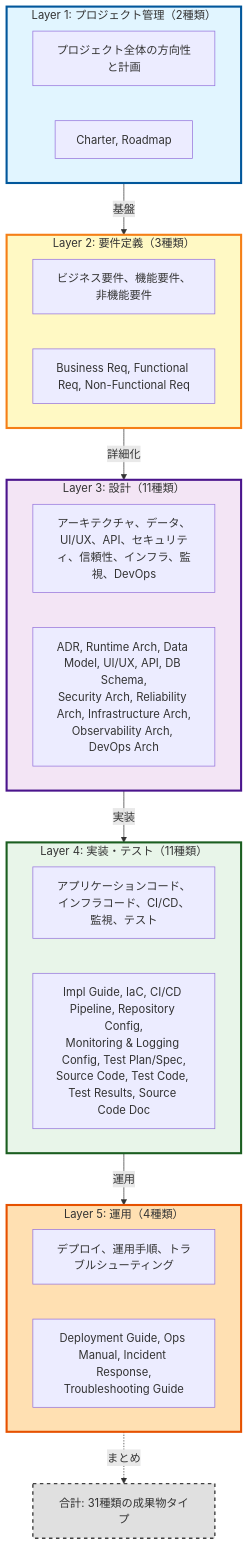
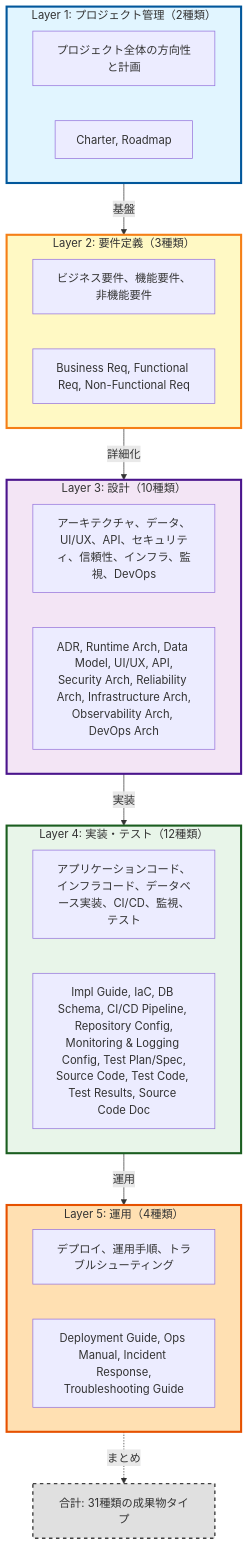
One commit to mahitotsu/ukiyoue changed the first of 2 diagrams in specs/artifact-taxonomy.md. Above: the diagram before and after it, drawn with Mermaid. The commit also changed other lines of this file, not shown here.

First line of the commit message:
refactor: Move Database Schema from Layer 3 to Layer 4

````diff
--- a/specs/artifact-taxonomy.md
+++ b/specs/artifact-taxonomy.md
@@ -34,50 +34,50 @@
 ```mermaid
 graph TD
     subgraph Layer1["Layer 1: プロジェクト管理（2種類）"]
         L1_desc["プロジェクト全体の方向性と計画"]
         L1_docs["Charter, Roadmap"]
     end
 
     subgraph Layer2["Layer 2: 要件定義（3種類）"]
         L2_desc["ビジネス要件、機能要件、非機能要件"]
         L2_docs["Business Req, Functional Req, Non-Functional Req"]
     end
 
-    subgraph Layer3["Layer 3: 設計（11種類）"]
+    subgraph Layer3["Layer 3: 設計（10種類）"]
         L3_desc["アーキテクチャ、データ、UI/UX、API、セキュリティ、信頼性、インフラ、監視、DevOps"]
-        L3_docs["ADR, Runtime Arch, Data Model, UI/UX, API, DB Schema,<br/>Security Arch, Reliability Arch, Infrastructure Arch,<br/>Observability Arch, DevOps Arch"]
+        L3_docs["ADR, Runtime Arch, Data Model, UI/UX, API,<br/>Security Arch, Reliability Arch, Infrastructure Arch,<br/>Observability Arch, DevOps Arch"]
     end
 
-    subgraph Layer4["Layer 4: 実装・テスト（11種類）"]
-        L4_desc["アプリケーションコード、インフラコード、CI/CD、監視、テスト"]
-        L4_docs["Impl Guide, IaC, CI/CD Pipeline, Repository Config,<br/>Monitoring & Logging Config, Test Plan/Spec,<br/>Source Code, Test Code, Test Results, Source Code Doc"]
+    subgraph Layer4["Layer 4: 実装・テスト（12種類）"]
+        L4_desc["アプリケーションコード、インフラコード、データベース実装、CI/CD、監視、テスト"]
+        L4_docs["Impl Guide, IaC, DB Schema, CI/CD Pipeline, Repository Config,<br/>Monitoring & Logging Config, Test Plan/Spec,<br/>Source Code, Test Code, Test Results, Source Code Doc"]
     end
 
     subgraph Layer5["Layer 5: 運用（4種類）"]
         L5_desc["デプロイ、運用手順、トラブルシューティング"]
         L5_docs["Deployment Guide, Ops Manual, Incident Response,<br/>Troubleshooting Guide"]
     end
 
     Layer1 -->|"基盤"| Layer2
     Layer2 -->|"詳細化"| Layer3
     Layer3 -->|"実装"| Layer4
     Layer4 -->|"運用"| Layer5
 
     Total["合計: 31種類の成果物タイプ"]
 
     Layer5 -.->|"まとめ"| Total
 
     classDef layer1Style fill:#e1f5ff,stroke:#01579b,stroke-width:3px
     classDef layer2Style fill:#fff9c4,stroke:#f57f17,stroke-width:3px
     classDef layer3Style fill:#f3e5f5,stroke:#4a148c,stroke-width:3px
     classDef layer4Style fill:#e8f5e9,stroke:#1b5e20,stroke-width:3px
     classDef layer5Style fill:#ffe0b2,stroke:#e65100,stroke-width:3px
     classDef totalStyle fill:#e0e0e0,stroke:#424242,stroke-width:2px,stroke-dasharray: 5 5
 
     class Layer1 layer1Style
     class Layer2 layer2Style
     class Layer3 layer3Style
     class Layer4 layer4Style
     class Layer5 layer5Style
     class Total totalStyle
 ```
````
